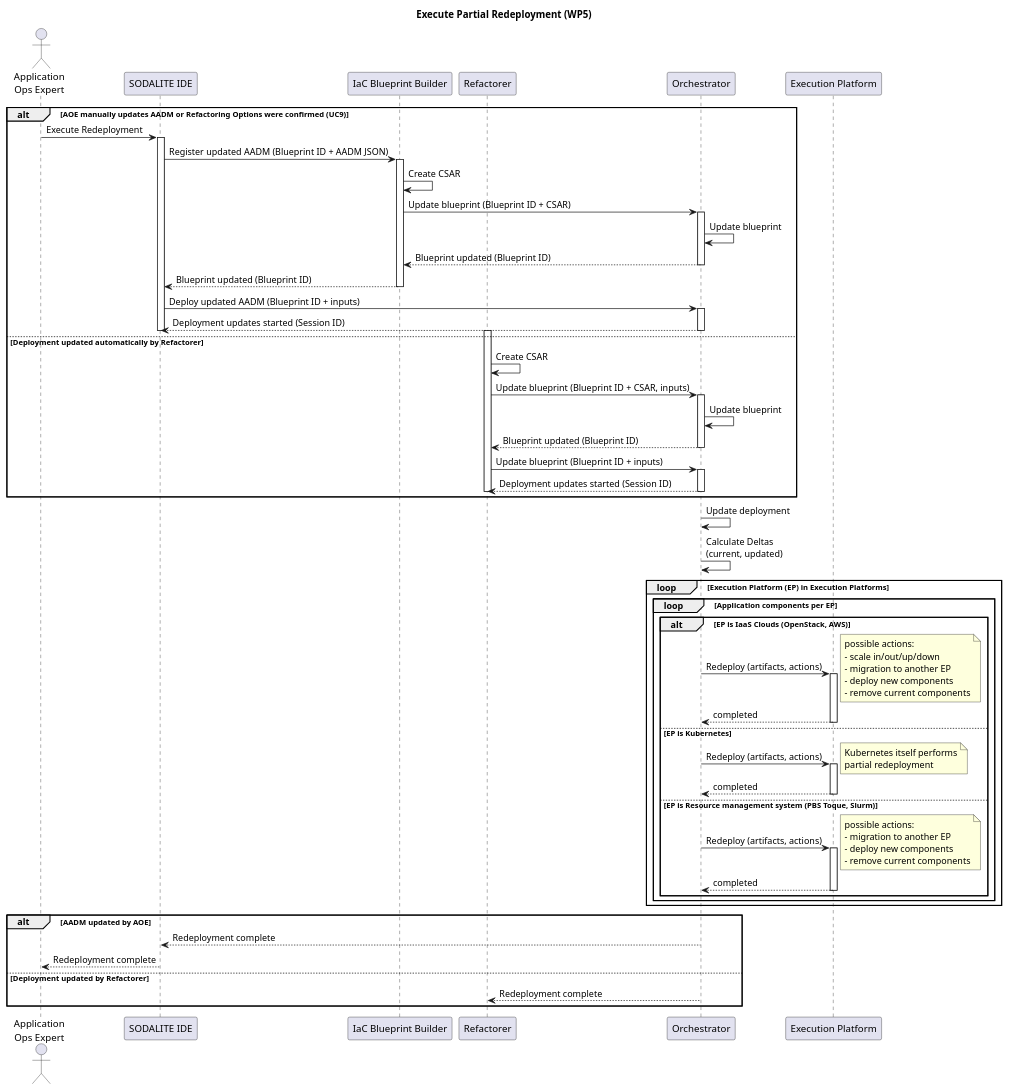
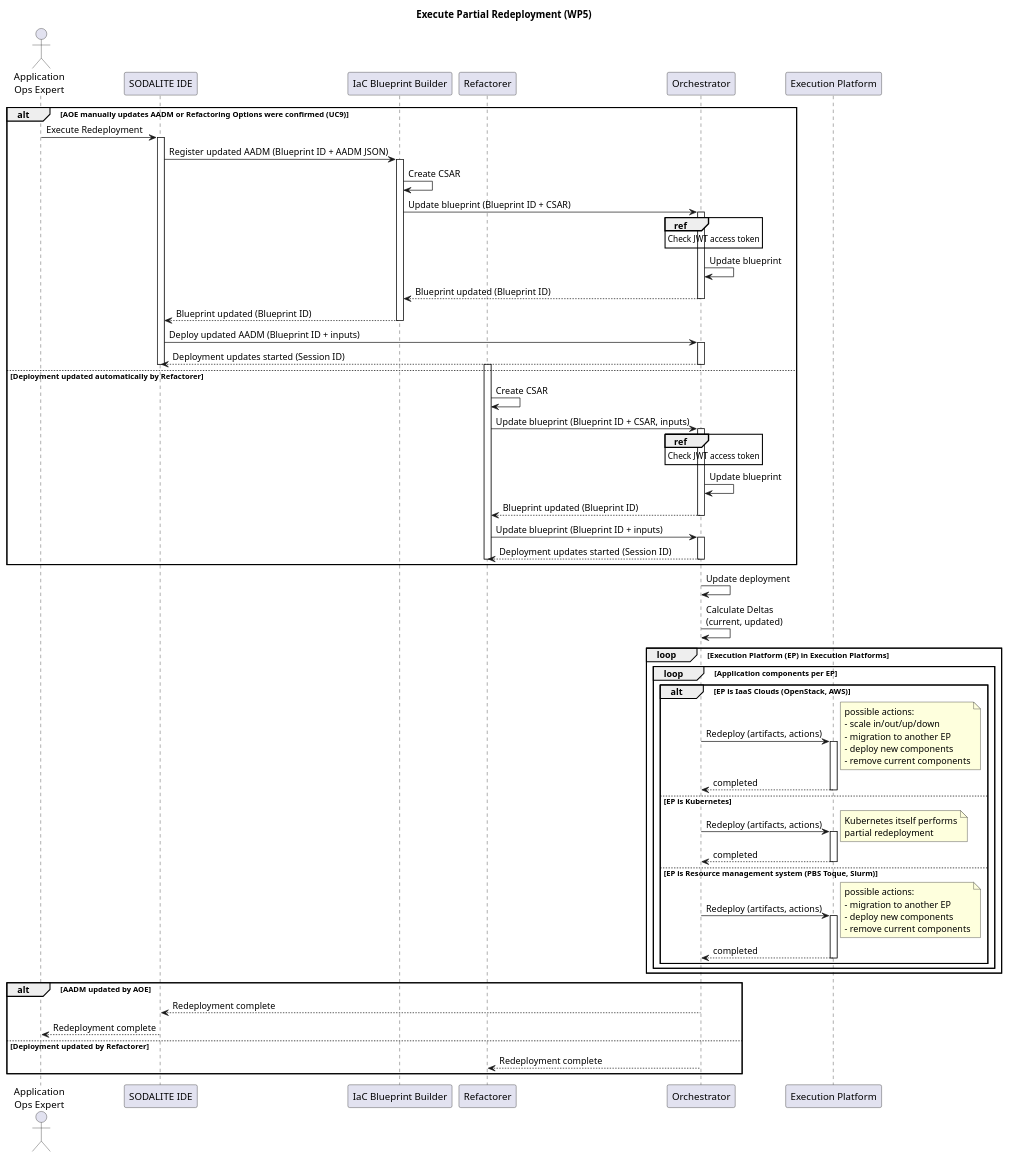
Before and after one commit to SODALITE-EU/project-wide-documentation: the diagram in uml/sequence-diagrams/UC-10-ExecutePartialRedeployment-WP5.puml, drawn with PlantUML. The commit also changed 8 other files, not shown here.

```diff
--- a/uml/sequence-diagrams/UC-10-ExecutePartialRedeployment-WP5.puml
+++ b/uml/sequence-diagrams/UC-10-ExecutePartialRedeployment-WP5.puml
@@ -1,97 +1,99 @@
 @startuml
 
 title Execute Partial Redeployment (WP5)
 
 actor "Application\nOps Expert" as ops
 participant "SODALITE IDE" as ide
 participant "IaC Blueprint Builder" as builder
 participant "Refactorer" as refactorer
 participant Orchestrator as orch
 participant "Execution Platform" as res
 
-alt AOE manually updates AADM or Refactoring Options were confirmed (UC9) 
+alt AOE manually updates AADM or Refactoring Options were confirmed (UC9)
   ops->ide: Execute Redeployment
   activate ide
   ide->builder: Register updated AADM (Blueprint ID + AADM JSON)
   activate builder
   builder->builder: Create CSAR
   builder->orch: Update blueprint (Blueprint ID + CSAR)
   activate orch
+  ref over orch: Check JWT access token
   orch->orch: Update blueprint
   orch-->builder: Blueprint updated (Blueprint ID)
   deactivate orch
   builder-->ide: Blueprint updated (Blueprint ID)
   deactivate builder
   ide->orch: Deploy updated AADM (Blueprint ID + inputs)
   activate orch
   orch-->ide: Deployment updates started (Session ID)
   deactivate orch
   deactivate ide
-else Deployment updated automatically by Refactorer 
+else Deployment updated automatically by Refactorer
   activate refactorer
   refactorer->refactorer: Create CSAR
   refactorer->orch: Update blueprint (Blueprint ID + CSAR, inputs)
   activate orch
+  ref over orch: Check JWT access token
   orch->orch: Update blueprint
   orch-->refactorer: Blueprint updated (Blueprint ID)
   deactivate orch
   refactorer->orch: Update blueprint (Blueprint ID + inputs)
   activate orch
   orch-->refactorer: Deployment updates started (Session ID)
   deactivate orch
   deactivate refactorer
 end
 
 activate orch
 orch->orch: Update deployment
 orch->orch: Calculate Deltas \n(current, updated)
 loop Execution Platform (EP) in Execution Platforms
   loop Application components per EP
     alt EP is IaaS Clouds (OpenStack, AWS)
       orch->res: Redeploy (artifacts, actions)
       activate res
       note right
         possible actions:
         - scale in/out/up/down
         - migration to another EP
         - deploy new components
         - remove current components
       end note
       orch<--res: completed
       deactivate res
 
     else EP is Kubernetes
       orch->res: Redeploy (artifacts, actions)
       activate res
       note right
         Kubernetes itself performs
         partial redeployment
       end note
       orch<--res: completed
       deactivate res
 
     else EP is Resource management system (PBS Toque, Slurm)
       orch->res: Redeploy (artifacts, actions)
       activate res
       note right
         possible actions:
         - migration to another EP
         - deploy new components
         - remove current components
       end note
       orch<--res: completed
       deactivate res
     end
   end
 end
 
-alt AADM updated by AOE 
+alt AADM updated by AOE
   orch-->ide: Redeployment complete
   deactivate ide
   ide-->ops: Redeployment complete
-else Deployment updated by Refactorer 
+else Deployment updated by Refactorer
   orch-->refactorer: Redeployment complete
   deactivate refactorer
 end
 
 @enduml
```
